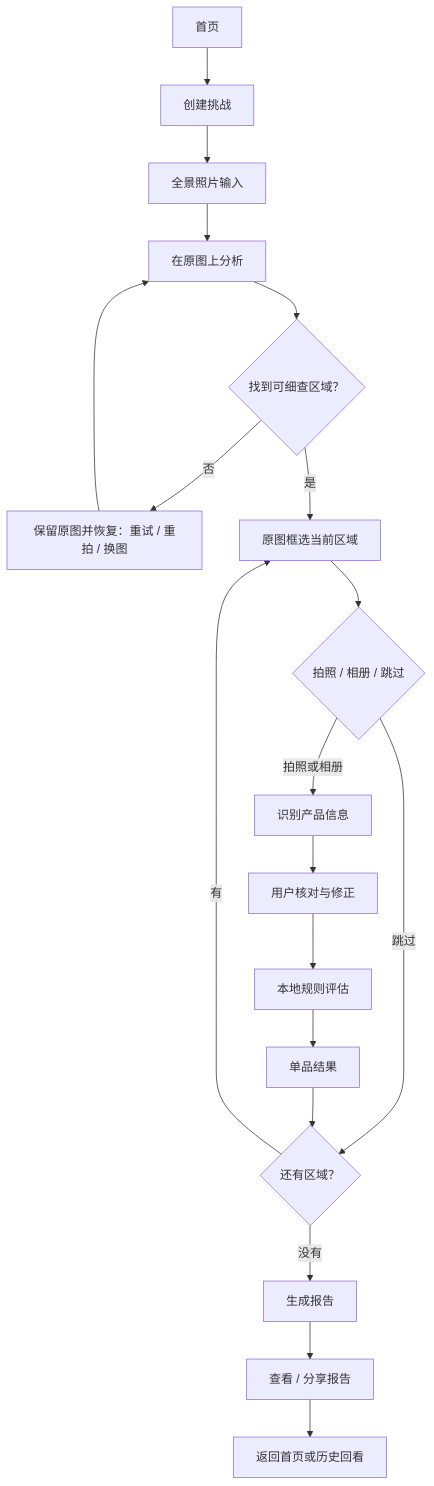
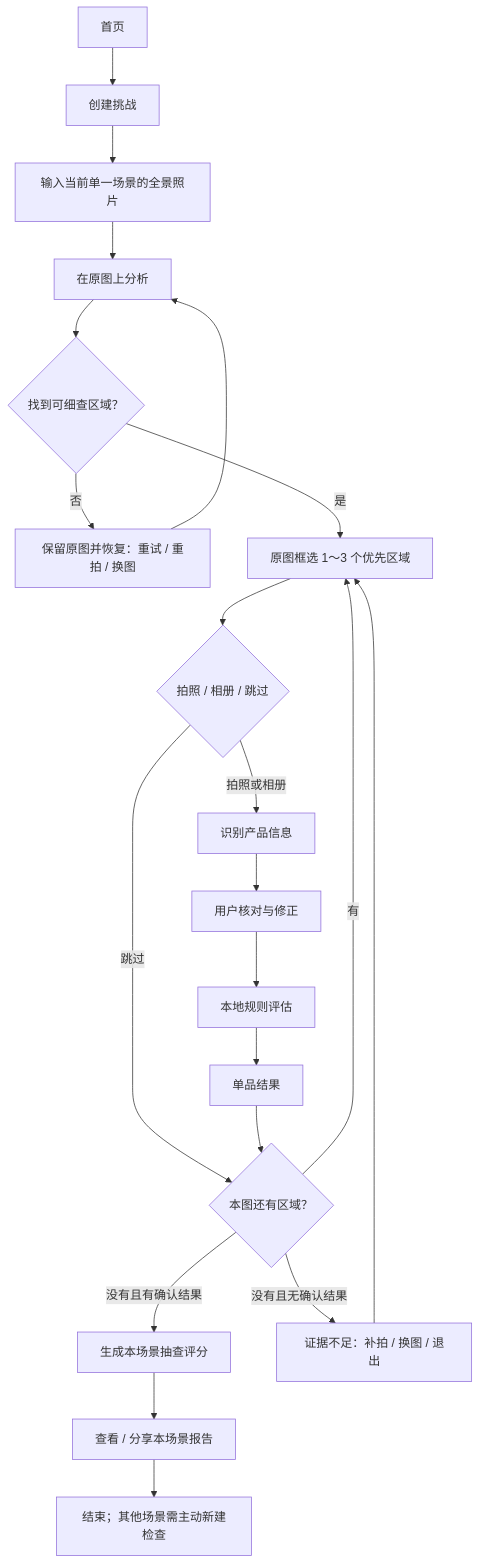
One commit to gsj1225/household-chemical-safety changed the second of 2 diagrams in 用户流程.md. Above: the diagram before and after it, drawn with Mermaid. The commit also changed other lines of this file and 100 other files, not shown here.

````diff
--- a/用户流程.md
+++ b/用户流程.md
@@ -202,21 +215,23 @@
 ```mermaid
 flowchart TD
     A["首页"] --> B["创建挑战"]
-    B --> C["全景照片输入"]
+    B --> C["输入当前单一场景的全景照片"]
     C --> D["在原图上分析"]
     D --> E{"找到可细查区域？"}
     E -->|"否"| F["保留原图并恢复：重试 / 重拍 / 换图"]
     F --> D
-    E -->|"是"| G["原图框选当前区域"]
+    E -->|"是"| G["原图框选 1～3 个优先区域"]
     G --> H{"拍照 / 相册 / 跳过"}
     H -->|"拍照或相册"| I["识别产品信息"]
     I --> J["用户核对与修正"]
     J --> K["本地规则评估"]
     K --> L["单品结果"]
-    H -->|"跳过"| M{"还有区域？"}
+    H -->|"跳过"| M{"本图还有区域？"}
     L --> M
     M -->|"有"| G
-    M -->|"没有"| N["生成报告"]
-    N --> O["查看 / 分享报告"]
-    O --> P["返回首页或历史回看"]
+    M -->|"没有且有确认结果"| N["生成本场景抽查评分"]
+    M -->|"没有且无确认结果"| Q["证据不足：补拍 / 换图 / 退出"]
+    Q --> G
+    N --> O["查看 / 分享本场景报告"]
+    O --> P["结束；其他场景需主动新建检查"]
 ```
````
